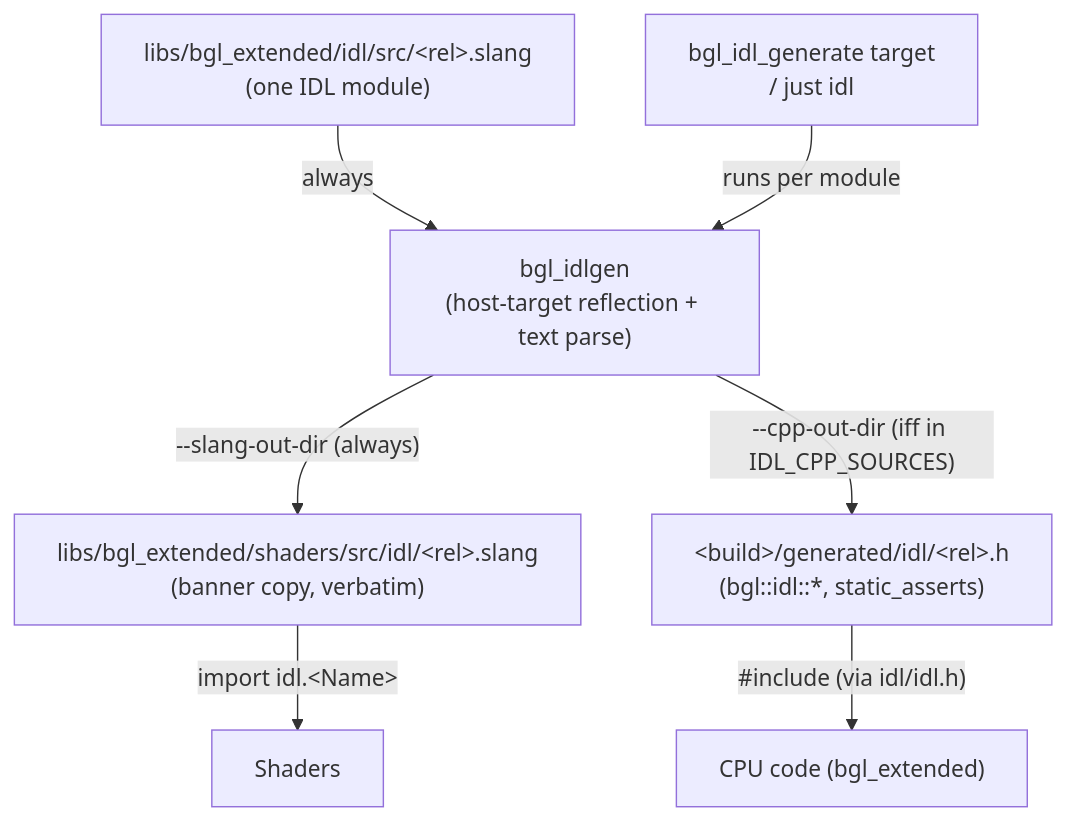
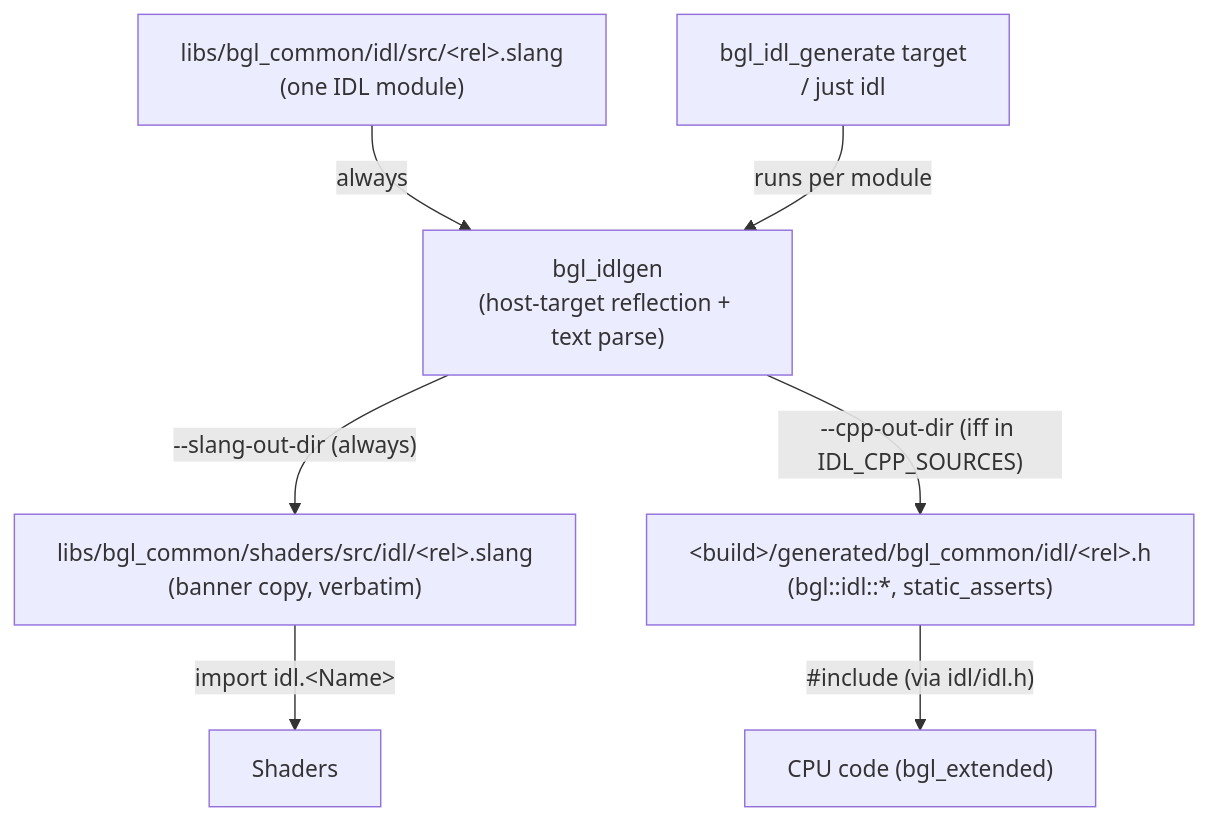
The diagram in docs/idlgen.md (alexjiang200407/bernini), drawn with Mermaid before and after one commit. The commit also changed other lines of this file and 132 other files, not shown here.

````diff
--- a/docs/idlgen.md
+++ b/docs/idlgen.md
@@ -137,16 +138,16 @@
 ```mermaid
 flowchart TD
-    IDL["libs/bgl_extended/idl/src/&lt;rel&gt;.slang<br/>(one IDL module)"]
+    IDL["libs/bgl_common/idl/src/&lt;rel&gt;.slang<br/>(one IDL module)"]
     TOOL["bgl_idlgen<br/>(host-target reflection + text parse)"]
-    SLANG["libs/bgl_extended/shaders/src/idl/&lt;rel&gt;.slang<br/>(banner copy, verbatim)"]
-    CPP["&lt;build&gt;/generated/idl/&lt;rel&gt;.h<br/>(bgl::idl::*, static_asserts)"]
+    SLANG["libs/bgl_common/shaders/src/idl/&lt;rel&gt;.slang<br/>(banner copy, verbatim)"]
+    CPP["&lt;build&gt;/generated/bgl_common/idl/&lt;rel&gt;.h<br/>(bgl::idl::*, static_asserts)"]
     SH["Shaders"]
     CX["CPU code (bgl_extended)"]
 
     IDL -- "always" --> TOOL
     TOOL -- "--slang-out-dir (always)" --> SLANG
     TOOL -- "--cpp-out-dir (iff in IDL_CPP_SOURCES)" --> CPP
     SLANG -- "import idl.&lt;Name&gt;" --> SH
     CPP -- "#include (via idl/idl.h)" --> CX
     CMAKE["bgl_idl_generate target<br/>/ just idl"] -- "runs per module" --> TOOL
 ```
````
